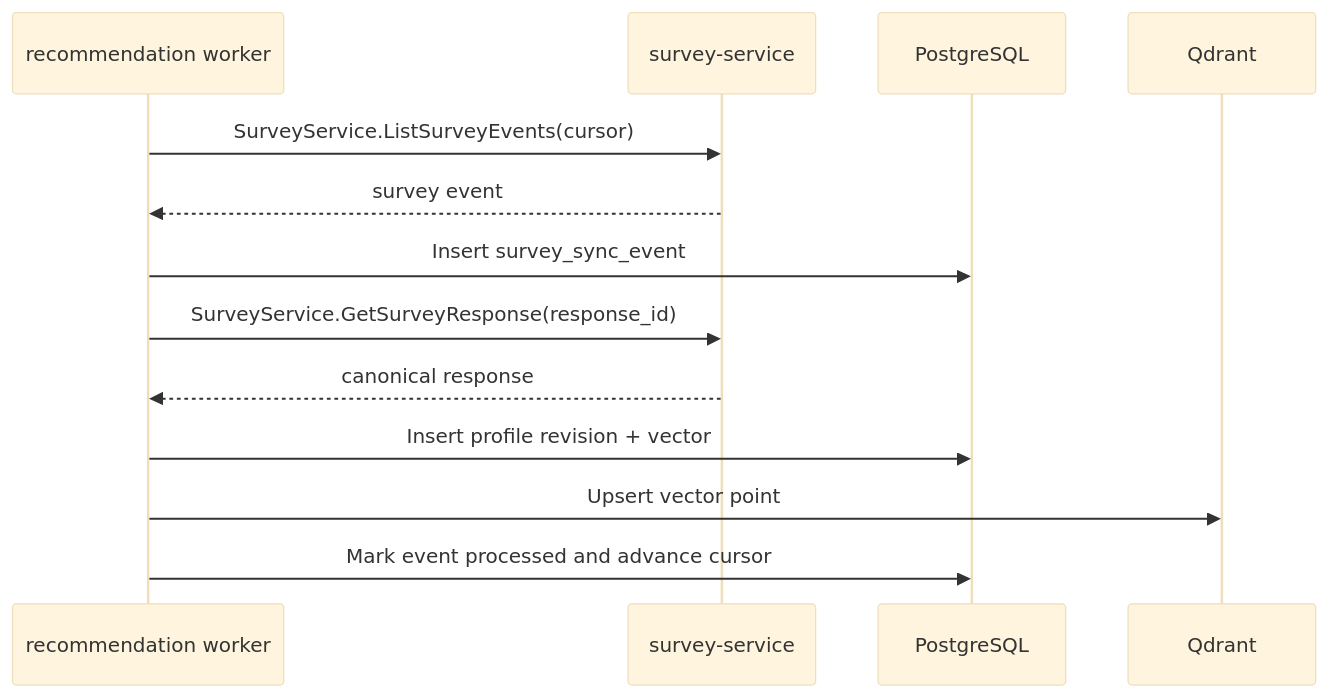
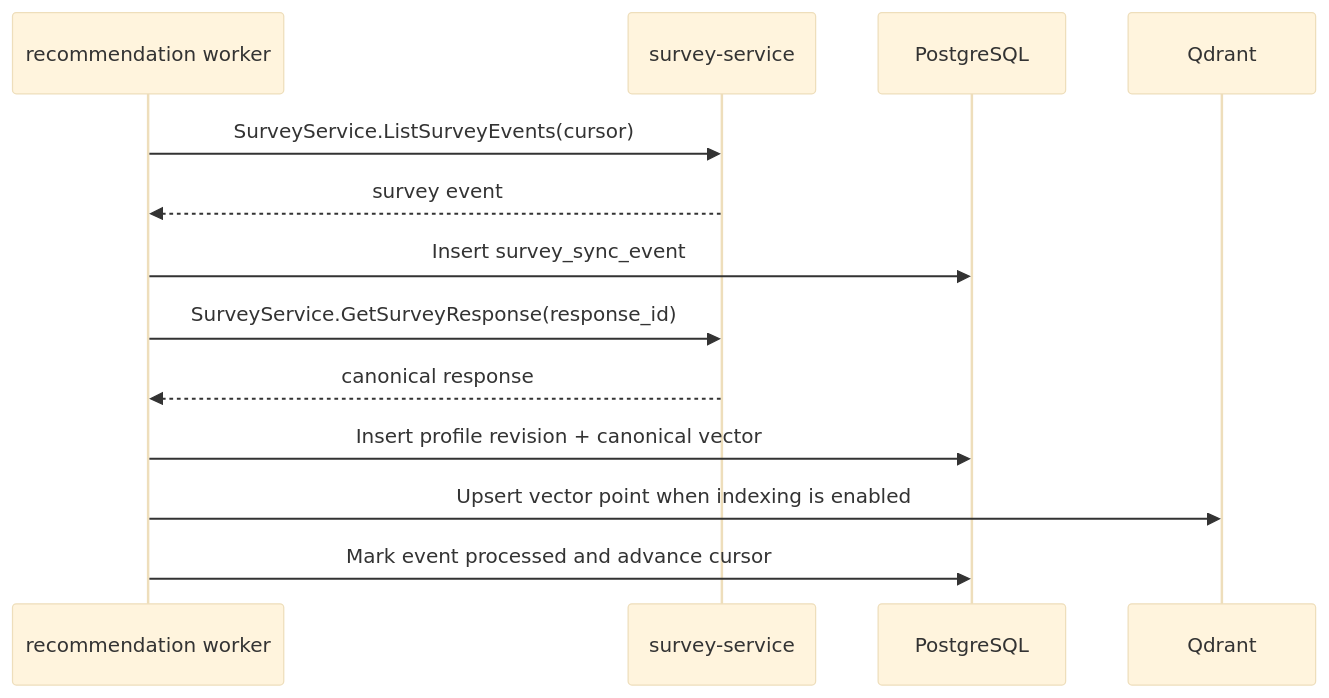
One commit to SKKU-Tamer-Captstone-26-1/recommendation-service changed the diagram in docs/recommendation/sync-flow.md. Above: the diagram before and after it, drawn with Mermaid (base theme). The commit also changed other lines of this file and 24 other files, not shown here.

````diff
--- a/docs/recommendation/sync-flow.md
+++ b/docs/recommendation/sync-flow.md
@@ -153,16 +153,16 @@
 ```mermaid
 sequenceDiagram
     participant Worker as recommendation worker
     participant Survey as survey-service
     participant PG as PostgreSQL
     participant Q as Qdrant
 
     Worker->>Survey: SurveyService.ListSurveyEvents(cursor)
     Survey-->>Worker: survey event
     Worker->>PG: Insert survey_sync_event
     Worker->>Survey: SurveyService.GetSurveyResponse(response_id)
     Survey-->>Worker: canonical response
-    Worker->>PG: Insert profile revision + vector
-    Worker->>Q: Upsert vector point
+    Worker->>PG: Insert profile revision + canonical vector
+    Worker->>Q: Upsert vector point when indexing is enabled
     Worker->>PG: Mark event processed and advance cursor
 ```
````
